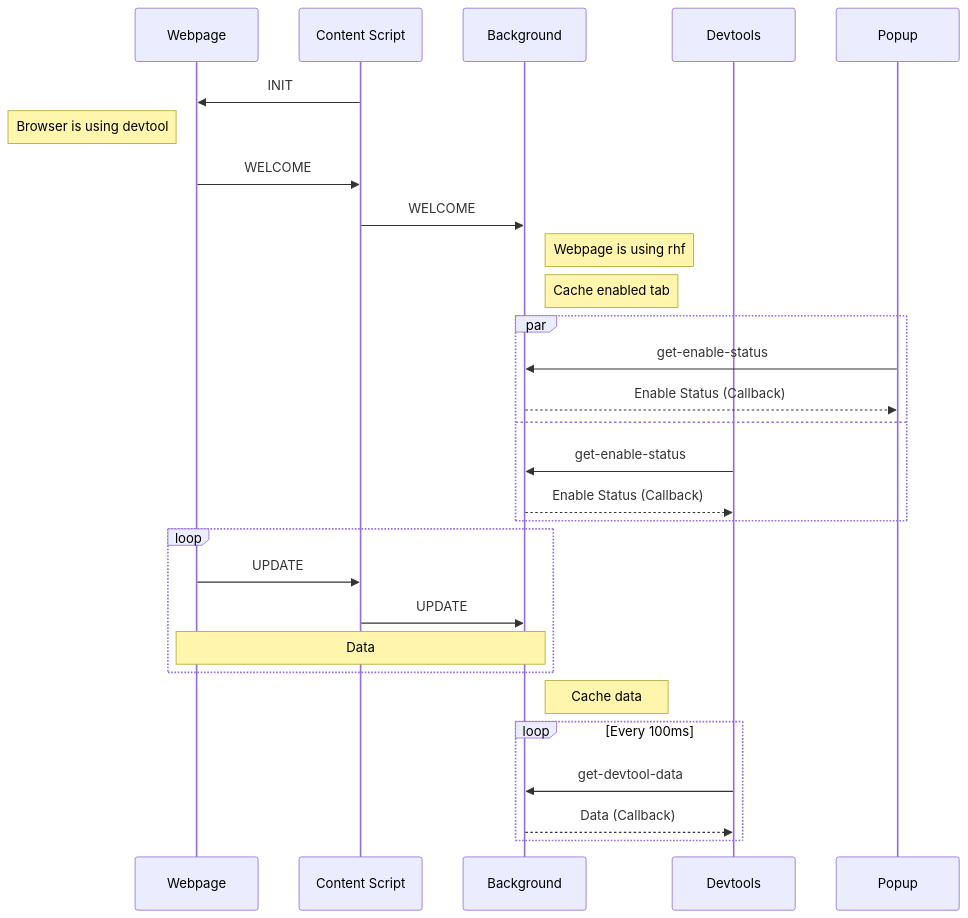
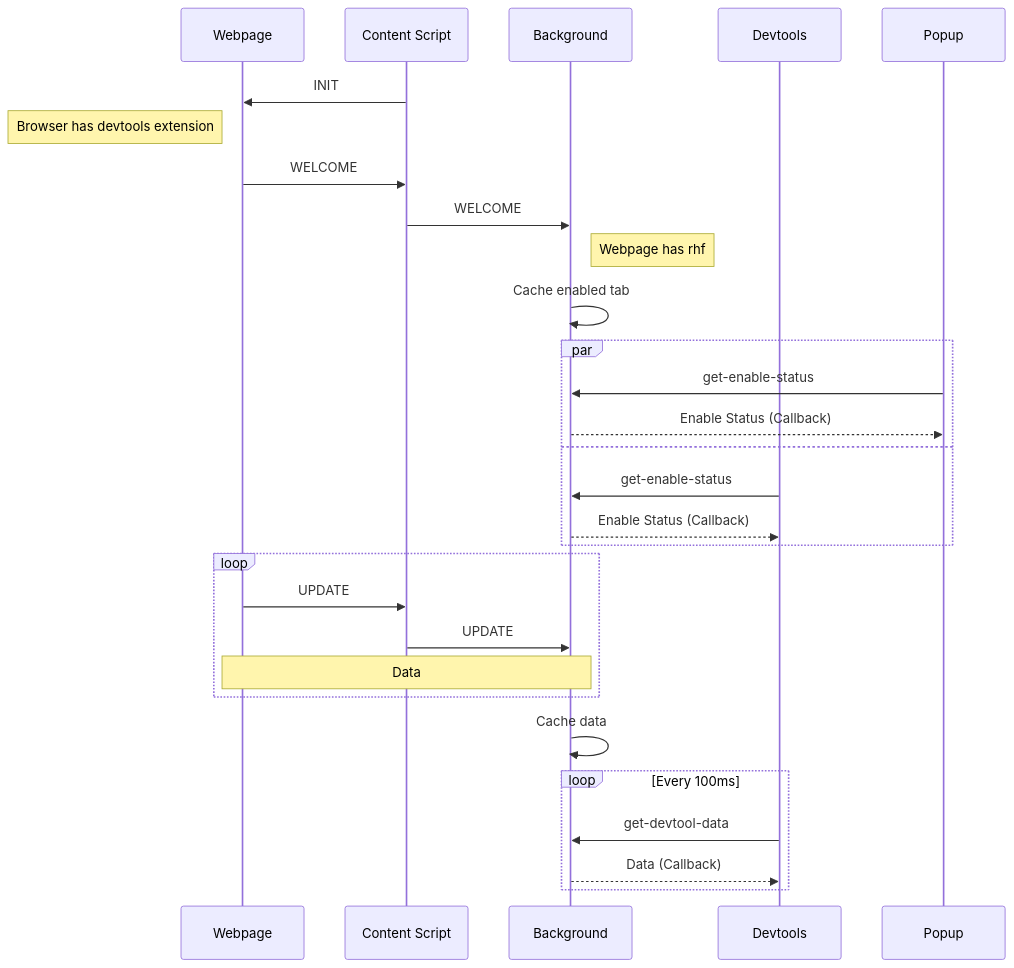
Before and after one commit to react-hook-form/devtools-extension: the diagram in README.md, drawn with Mermaid.

Commit message:
docs(message-flow): update style and typo

````diff
--- a/README.md
+++ b/README.md
@@ -45,31 +45,31 @@
 ```mermaid
 sequenceDiagram
   participant Webpage
   participant Content Script
   participant Background
   participant Devtools
   participant Popup
   Content Script->>Webpage: INIT
-  Note left of Webpage: Browser is using devtool
+  Note left of Webpage: Browser has devtools extension
   Webpage->>Content Script: WELCOME
   Content Script->>Background: WELCOME
-  Note right of Background: Webpage is using rhf
-  Note right of Background: Cache enabled tab
+  Note right of Background: Webpage has rhf
+  Background->>Background: Cache enabled tab
   par
     Popup->>Background: get-enable-status
     Background-->>Popup: Enable Status (Callback)
   and
     Devtools->>Background: get-enable-status
     Background-->>Devtools: Enable Status (Callback)
   end
   loop
     Webpage->>Content Script: UPDATE
     Content Script->>Background: UPDATE
     Note over Webpage,Background: Data
   end
-  Note right of Background: Cache data
+  Background->>Background: Cache data
   loop Every 100ms
     Devtools->>Background: get-devtool-data
     Background-->>Devtools: Data (Callback)
   end
 ```
````
